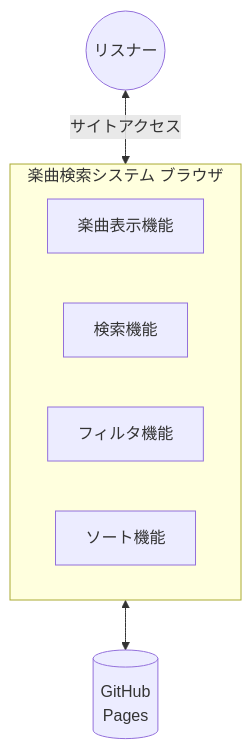
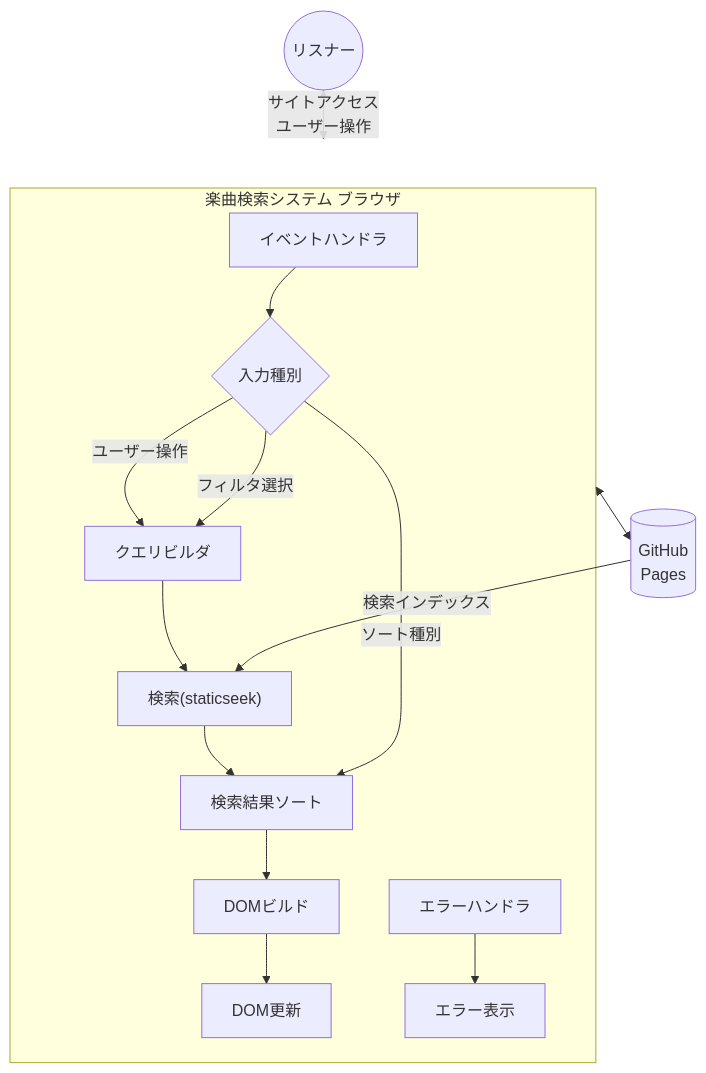
Before and after one commit to osawa-naotaka/vtunelist: the second of 4 diagrams in doc/core/04_FUNCTIONAL_SPEC.md, drawn with Mermaid. The commit also changed other lines of this file and 4 other files, not shown here.

````diff
--- a/doc/core/04_FUNCTIONAL_SPEC.md
+++ b/doc/core/04_FUNCTIONAL_SPEC.md
@@ -67,16 +67,37 @@
 ```mermaid
 graph TB
   ACTOR_LISTENER(("リスナー"))
   
   subgraph SYS_SEARCH["楽曲検索システム ブラウザ"]
-    FN_DISPLAY["楽曲表示機能"]
-    FN_SEARCH["検索機能"]
-    FN_FILTER["フィルタ機能"]
-    FN_SORT["ソート機能"]
+    FN_EVENT_HANDLER["イベントハンドラ"]
+    FN_INPUT_TYPE{"入力種別"}
+    FN_QUERY_BUILDER["クエリビルダ"]
+    FN_SEARCH["検索(staticseek)"]
+    FN_SORT_RESULT["検索結果ソート"]
+    FN_BUILD_DOM["DOMビルド"]
+    FN_UPDATE_DOM["DOM更新"]
+
+    FN_EVENT_HANDLER --> FN_INPUT_TYPE
+    FN_INPUT_TYPE --"ユーザー操作"--> FN_QUERY_BUILDER
+    FN_INPUT_TYPE --"フィルタ選択"--> FN_QUERY_BUILDER
+    FN_QUERY_BUILDER --> FN_SEARCH
+    FN_SEARCH --> FN_SORT_RESULT
+    FN_INPUT_TYPE --"ソート種別"--> FN_SORT_RESULT
+    FN_SORT_RESULT --> FN_BUILD_DOM
+    FN_BUILD_DOM --> FN_UPDATE_DOM
+
+
+    FN_ERROR_HANDLER["エラーハンドラ"]
+    FN_ERROR_DISPLAY["エラー表示"]
+
+    FN_ERROR_HANDLER --> FN_ERROR_DISPLAY
+
   end
 
   SV_PAGES[("GitHub<BR>Pages")]
 
-  ACTOR_LISTENER <--"サイトアクセス"--> SYS_SEARCH
+  ACTOR_LISTENER <--"サイトアクセス<BR>ユーザー操作"--> SYS_SEARCH
   SYS_SEARCH <--> SV_PAGES
+  SV_PAGES --"検索インデックス"--> FN_SEARCH
+
 ```
````
